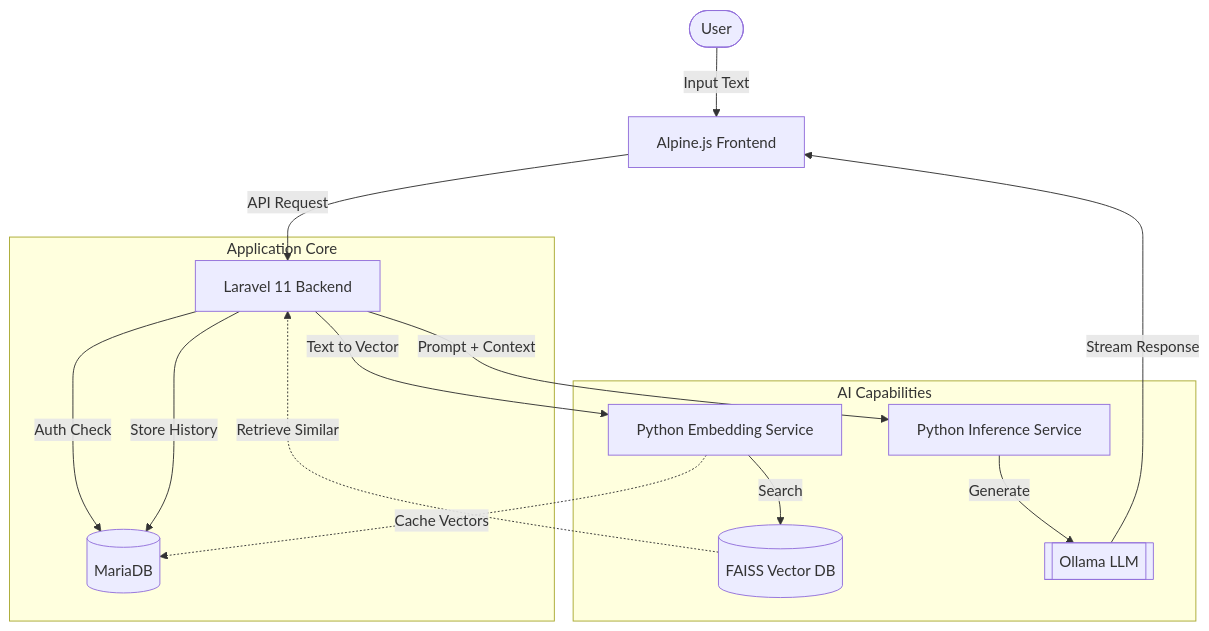
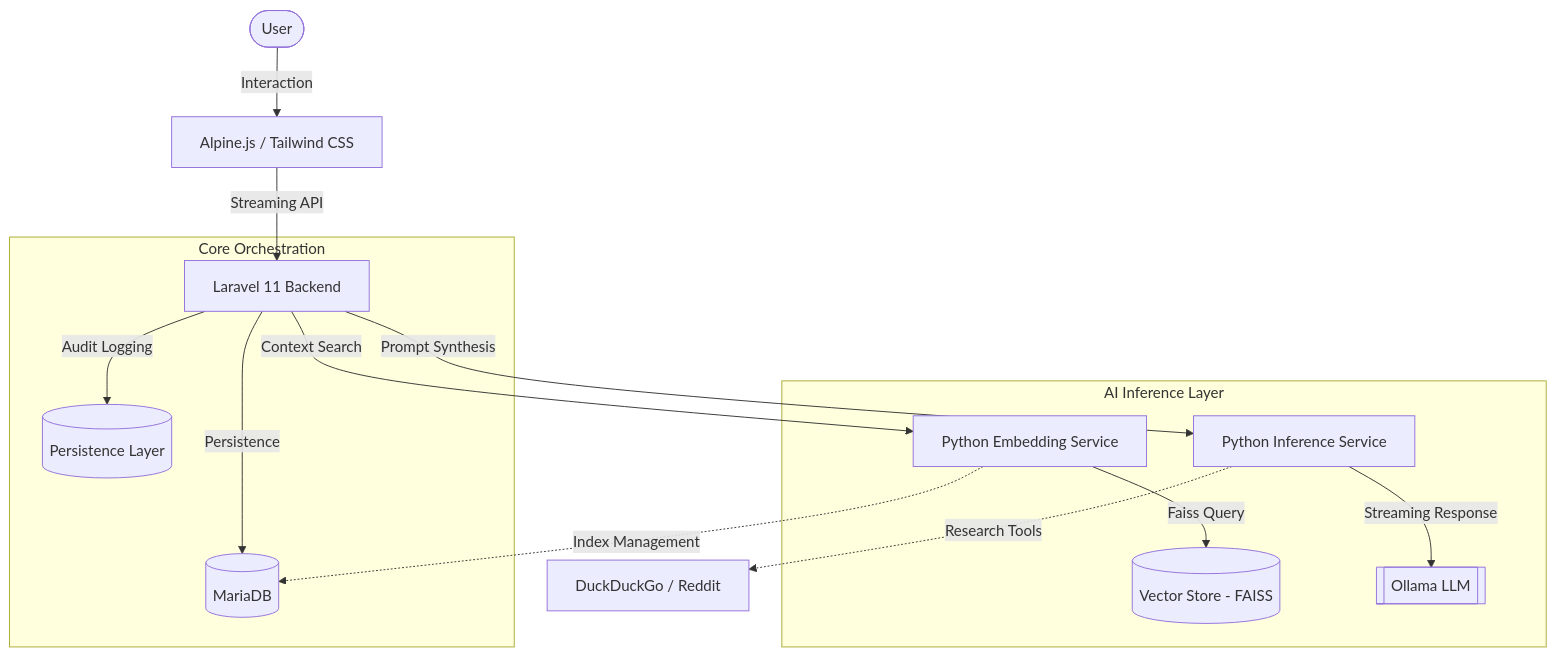
Before and after one commit to abesquirrel/rephraser_project: the diagram in README.md, drawn with Mermaid. The commit also changed other lines of this file and 7 other files, not shown here.

Commit message:
feat: Implement real-time streaming updates for rephrased content, dynamically adjust model settings based on capabilities, and refine generation feedback UI.

````diff
--- a/README.md
+++ b/README.md
@@ -52,22 +47,20 @@
 ```mermaid
 graph TD
-    User([User]) -->|Input Text| Frontend[Alpine.js Frontend]
-    Frontend -->|API Request| Laravel[Laravel 11 Backend]
+    User([User]) -->|Interaction| Frontend[Alpine.js / Tailwind CSS]
+    Frontend -->|Streaming API| Laravel[Laravel 11 Backend]
 
-    subgraph "Application Core"
-        Laravel -->|Auth Check| DB[(MariaDB)]
-        Laravel -->|Store History| DB
+    subgraph "Core Orchestration"
+        Laravel -->|Persistence| MariaDB[(MariaDB)]
+        Laravel -->|Audit Logging| DB2[(Persistence Layer)]
     end
 
-    subgraph "AI Capabilities"
-        Laravel -->|Text to Vector| PyEmbed[Python Embedding Service]
-        PyEmbed -->|Search| FAISS[(FAISS Vector DB)]
-
-        Laravel -->|Prompt + Context| PyInfer[Python Inference Service]
-        PyInfer -->|Generate| Ollama[[Ollama LLM]]
+    subgraph "AI Inference Layer"
+        Laravel -->|Context Search| PyEmbed[Python Embedding Service]
+        PyEmbed -->|Faiss Query| KB[(Vector Store - FAISS)]
+        Laravel -->|Prompt Synthesis| PyInfer[Python Inference Service]
+        PyInfer -->|Streaming Response| Ollama[[Ollama LLM]]
     end
 
-    PyEmbed -.->|Cache Vectors| DB
-    FAISS -.->|Retrieve Similar| Laravel
-    Ollama -->|Stream Response| Frontend
+    PyEmbed -.->|Index Management| MariaDB
+    PyInfer -.->|Research Tools| Web[DuckDuckGo / Reddit]
 ```
````
